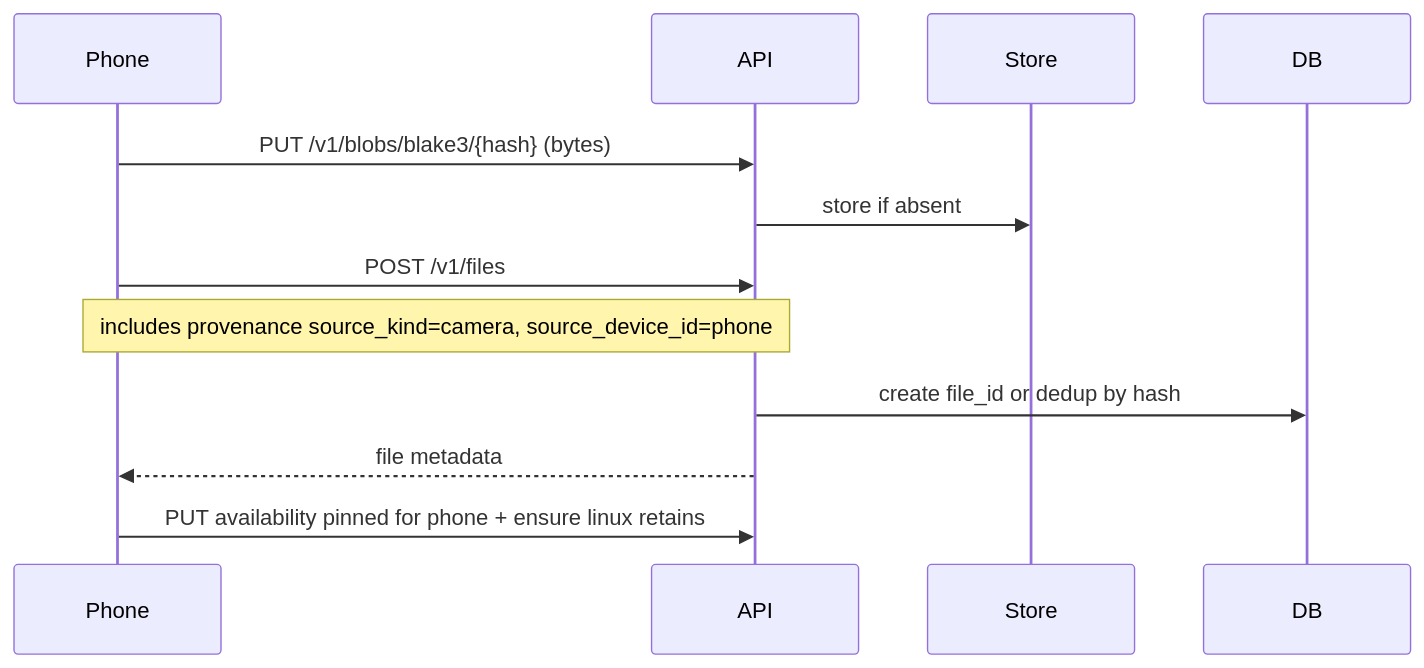
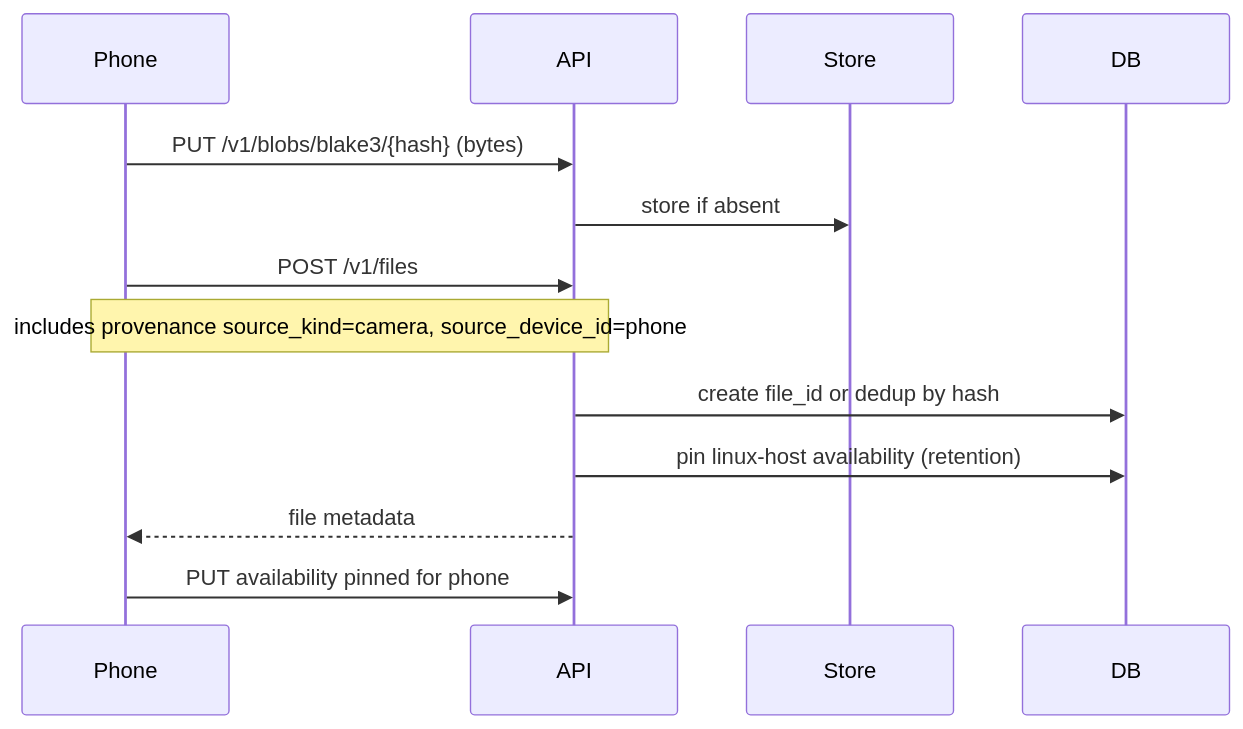
One commit to hamburg1r/homesync changed the second of 4 diagrams in docs/sync-protocol.md. Above: the diagram before and after it, drawn with Mermaid. The commit also changed other lines of this file and 21 other files, not shown here.

First line of the commit message:
Add Milestone 5 phone ingest with blob PUT and durable upload queue.

````diff
--- a/docs/sync-protocol.md
+++ b/docs/sync-protocol.md
@@ -150,15 +172,16 @@
 ```mermaid
 sequenceDiagram
   participant Phone
   participant API
   participant Store
   participant DB
 
   Phone->>API: PUT /v1/blobs/blake3/{hash} (bytes)
   API->>Store: store if absent
   Phone->>API: POST /v1/files
   Note over Phone,API: includes provenance source_kind=camera, source_device_id=phone
   API->>DB: create file_id or dedup by hash
+  API->>DB: pin linux-host availability (retention)
   API-->>Phone: file metadata
-  Phone->>API: PUT availability pinned for phone + ensure linux retains
+  Phone->>API: PUT availability pinned for phone
 ```
````
